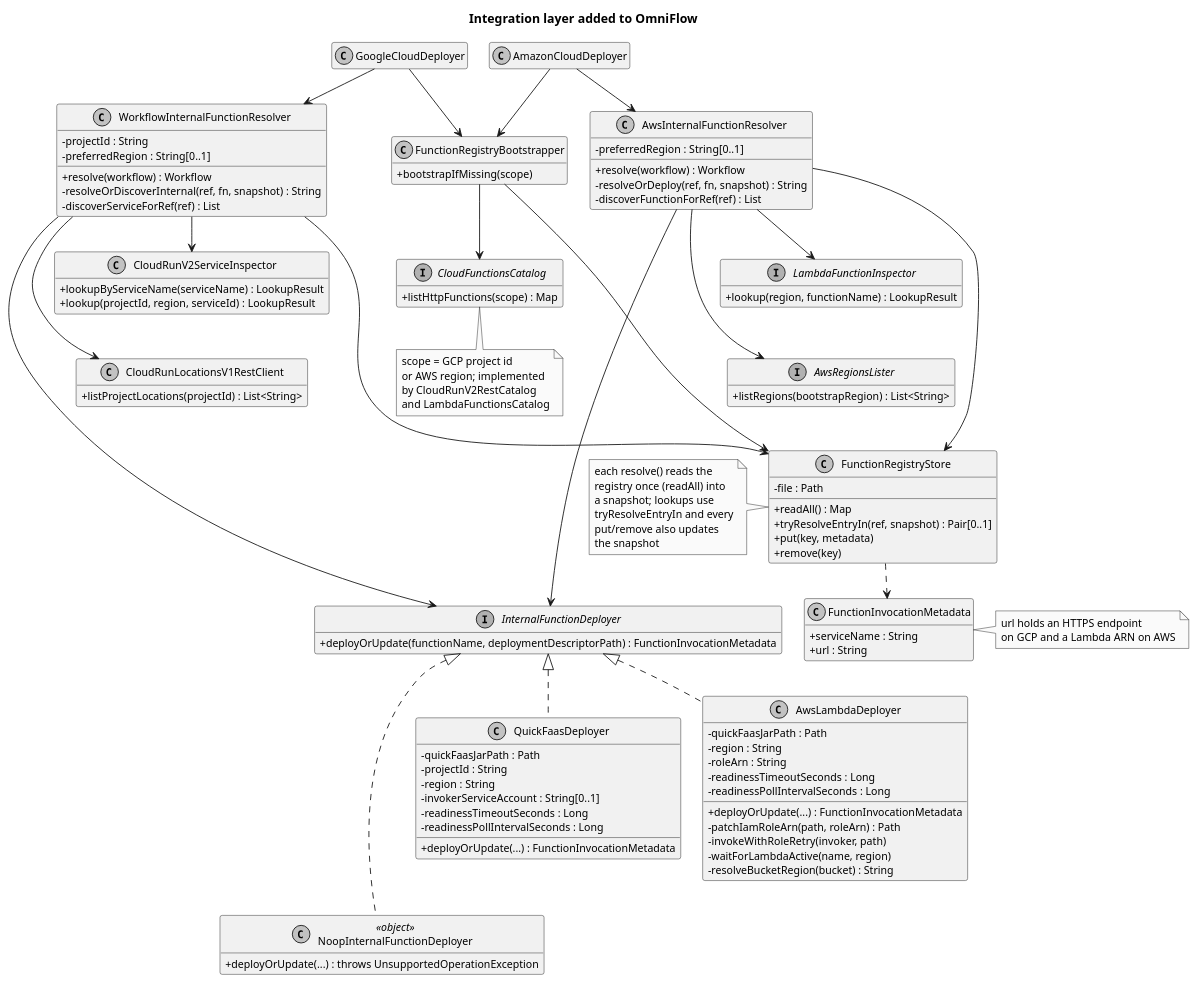
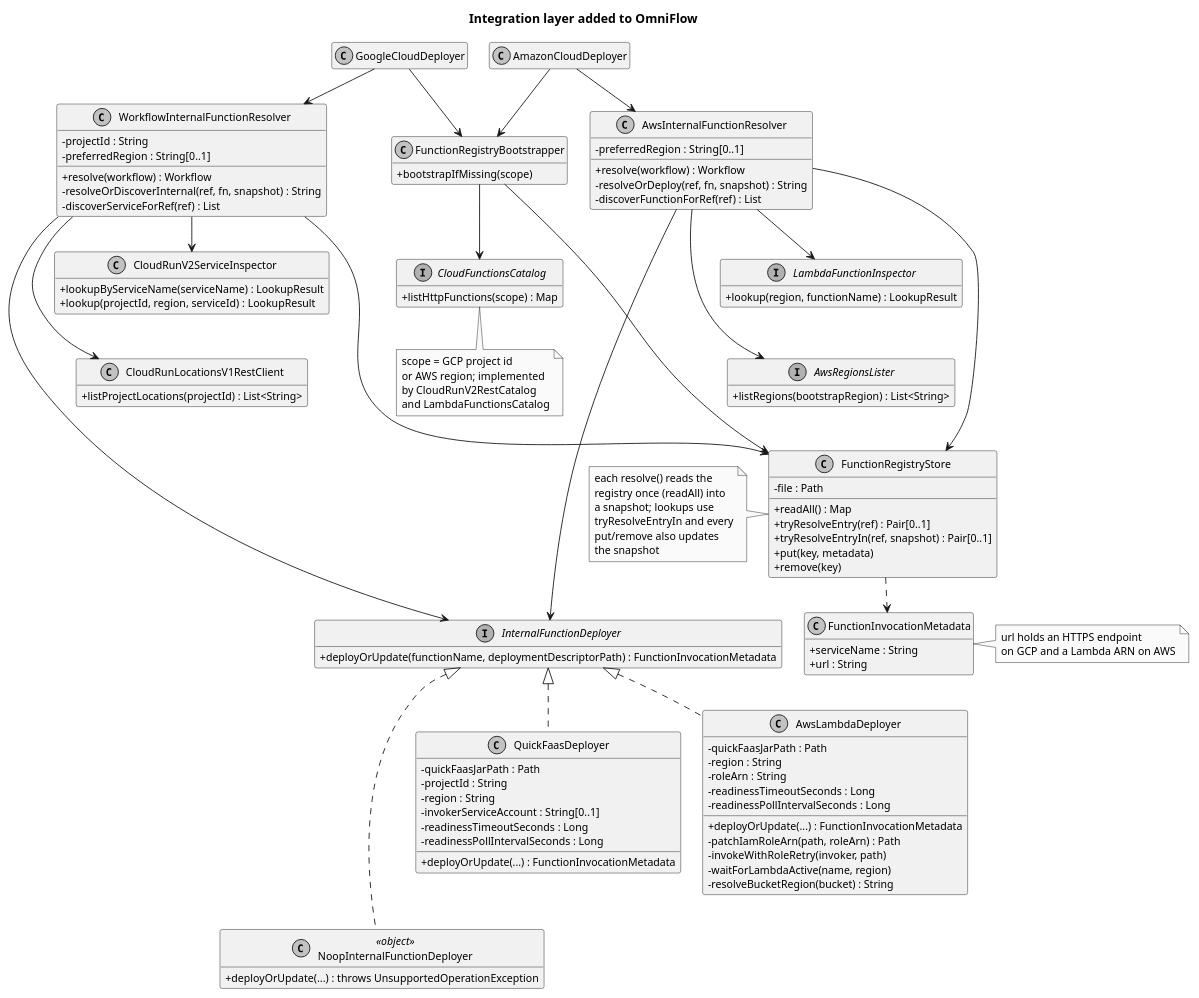
The diagram in diagrams/omniflow-integration-classes.puml (EngenheiroPedroCarvalho/ISEL-Thesis-2526), drawn with PlantUML before and after one commit. The commit also changed 7 other files, not shown here.

First line of the commit message:
Show tryResolveEntry in the registry class diagrams

```diff
--- a/diagrams/omniflow-integration-classes.puml
+++ b/diagrams/omniflow-integration-classes.puml
@@ -1,143 +1,144 @@
 @startuml omniflow-integration-classes
 skinparam monochrome true
 skinparam shadowing false
 skinparam classAttributeIconSize 0
 skinparam defaultFontSize 12
 title Integration layer added to OmniFlow
 hide empty members
 skinparam nodesep 25
 skinparam ranksep 40
 
 interface InternalFunctionDeployer {
   +deployOrUpdate(functionName, deploymentDescriptorPath) : FunctionInvocationMetadata
 }
 
 class NoopInternalFunctionDeployer <<object>> {
   +deployOrUpdate(...) : throws UnsupportedOperationException
 }
 
 class QuickFaasDeployer {
   -quickFaasJarPath : Path
   -projectId : String
   -region : String
   -invokerServiceAccount : String[0..1]
   -readinessTimeoutSeconds : Long
   -readinessPollIntervalSeconds : Long
   +deployOrUpdate(...) : FunctionInvocationMetadata
 }
 
 class AwsLambdaDeployer {
   -quickFaasJarPath : Path
   -region : String
   -roleArn : String
   -readinessTimeoutSeconds : Long
   -readinessPollIntervalSeconds : Long
   +deployOrUpdate(...) : FunctionInvocationMetadata
   -patchIamRoleArn(path, roleArn) : Path
   -invokeWithRoleRetry(invoker, path)
   -waitForLambdaActive(name, region)
   -resolveBucketRegion(bucket) : String
 }
 
 class WorkflowInternalFunctionResolver {
   -projectId : String
   -preferredRegion : String[0..1]
   +resolve(workflow) : Workflow
   -resolveOrDiscoverInternal(ref, fn, snapshot) : String
   -discoverServiceForRef(ref) : List
 }
 
 class AwsInternalFunctionResolver {
   -preferredRegion : String[0..1]
   +resolve(workflow) : Workflow
   -resolveOrDeploy(ref, fn, snapshot) : String
   -discoverFunctionForRef(ref) : List
 }
 
 class CloudRunV2ServiceInspector {
   +lookupByServiceName(serviceName) : LookupResult
   +lookup(projectId, region, serviceId) : LookupResult
 }
 
 class CloudRunLocationsV1RestClient {
   +listProjectLocations(projectId) : List<String>
 }
 
 interface LambdaFunctionInspector {
   +lookup(region, functionName) : LookupResult
 }
 
 interface AwsRegionsLister {
   +listRegions(bootstrapRegion) : List<String>
 }
 
 class FunctionRegistryStore {
   -file : Path
   +readAll() : Map
+  +tryResolveEntry(ref) : Pair[0..1]
   +tryResolveEntryIn(ref, snapshot) : Pair[0..1]
   +put(key, metadata)
   +remove(key)
 }
 
 class FunctionInvocationMetadata {
   +serviceName : String
   +url : String
 }
 
 class FunctionRegistryBootstrapper {
   +bootstrapIfMissing(scope)
 }
 
 interface CloudFunctionsCatalog {
   +listHttpFunctions(scope) : Map
 }
 
 class GoogleCloudDeployer
 class AmazonCloudDeployer
 
 GoogleCloudDeployer --> WorkflowInternalFunctionResolver
 GoogleCloudDeployer --> FunctionRegistryBootstrapper
 AmazonCloudDeployer --> AwsInternalFunctionResolver
 AmazonCloudDeployer --> FunctionRegistryBootstrapper
 GoogleCloudDeployer -[hidden]right- AmazonCloudDeployer
 WorkflowInternalFunctionResolver --> CloudRunV2ServiceInspector
 WorkflowInternalFunctionResolver ---> CloudRunLocationsV1RestClient
 CloudRunV2ServiceInspector -[hidden]down- CloudRunLocationsV1RestClient
 AwsInternalFunctionResolver --> LambdaFunctionInspector
 AwsInternalFunctionResolver ---> AwsRegionsLister
 LambdaFunctionInspector -[hidden]down- AwsRegionsLister
 FunctionRegistryBootstrapper --> CloudFunctionsCatalog
 WorkflowInternalFunctionResolver ----> FunctionRegistryStore
 AwsInternalFunctionResolver ----> FunctionRegistryStore
 FunctionRegistryBootstrapper ---> FunctionRegistryStore
 CloudRunLocationsV1RestClient -[hidden]down- FunctionRegistryStore
 AwsRegionsLister -[hidden]down- FunctionRegistryStore
 FunctionRegistryStore ..> FunctionInvocationMetadata
 WorkflowInternalFunctionResolver -----> InternalFunctionDeployer
 AwsInternalFunctionResolver -----> InternalFunctionDeployer
 FunctionRegistryStore -[hidden]down- InternalFunctionDeployer
 InternalFunctionDeployer <|.. QuickFaasDeployer
 InternalFunctionDeployer <|.. AwsLambdaDeployer
 InternalFunctionDeployer <|... NoopInternalFunctionDeployer
 
 note left of FunctionRegistryStore
   each resolve() reads the
   registry once (readAll) into
   a snapshot; lookups use
   tryResolveEntryIn and every
   put/remove also updates
   the snapshot
 end note
 
 note right of FunctionInvocationMetadata
   url holds an HTTPS endpoint
   on GCP and a Lambda ARN on AWS
 end note
 
 note bottom of CloudFunctionsCatalog
   scope = GCP project id
   or AWS region; implemented
   by CloudRunV2RestCatalog
   and LambdaFunctionsCatalog
 end note
 @enduml
```
